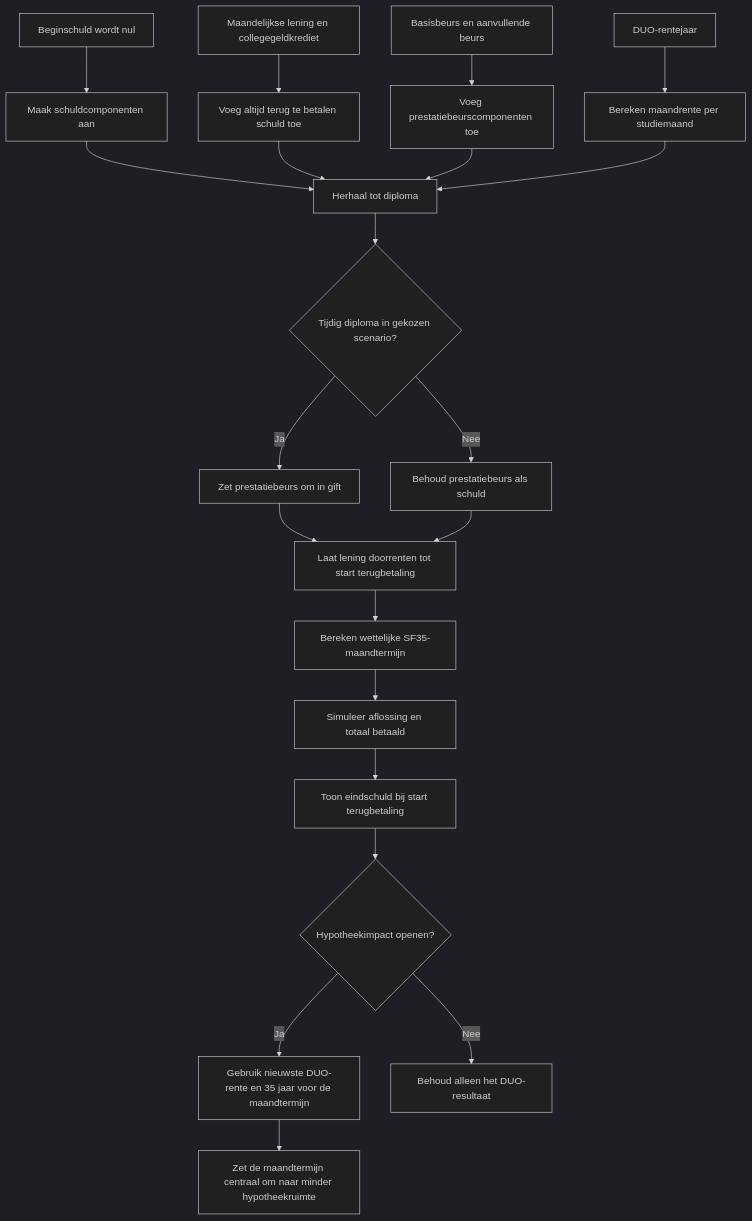
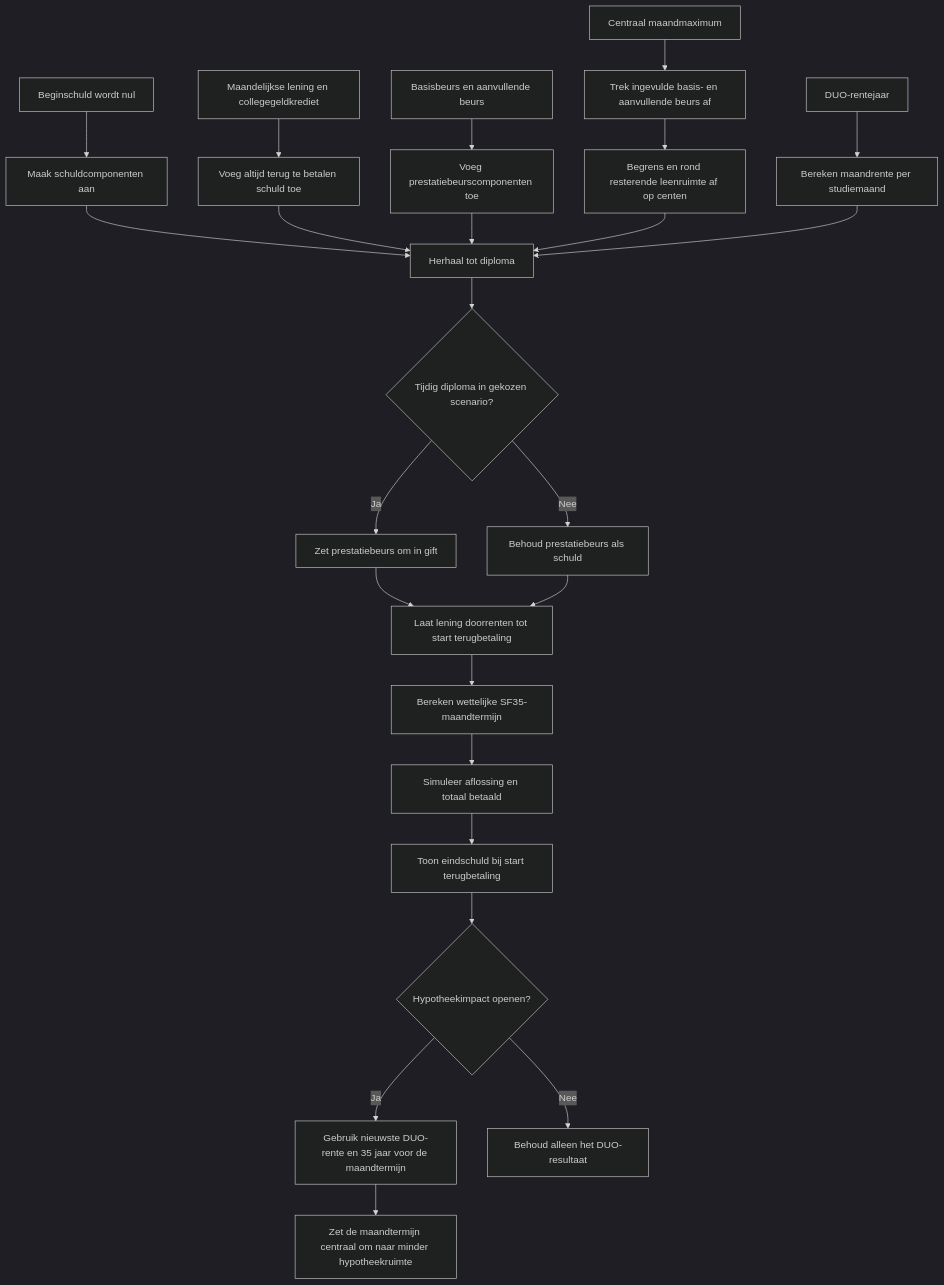
The third of 4 diagrams in apps/duo-schuld-bij-starten-lenen/PROCESS.md (oli4vos/projectwebsite), drawn with Mermaid (dark theme) before and after one commit. The commit also changed other lines of this file and 10 other files, not shown here.

````diff
--- a/apps/duo-schuld-bij-starten-lenen/PROCESS.md
+++ b/apps/duo-schuld-bij-starten-lenen/PROCESS.md
@@ -86,23 +93,26 @@
 ```mermaid
 flowchart TD
   A[Beginschuld wordt nul] --> B[Maak schuldcomponenten aan]
   C[Maandelijkse lening en collegegeldkrediet] --> D[Voeg altijd terug te betalen schuld toe]
   E[Basisbeurs en aanvullende beurs] --> F[Voeg prestatiebeurscomponenten toe]
+  EA[Centraal maandmaximum] --> FA[Trek ingevulde basis- en aanvullende beurs af]
+  FA --> FB[Begrens en rond resterende leenruimte af op centen]
   G[DUO-rentejaar] --> H[Bereken maandrente per studiemaand]
   B --> I[Herhaal tot diploma]
   D --> I
   F --> I
+  FB --> I
   H --> I
   I --> J{Tijdig diploma in gekozen scenario?}
   J -->|Ja| JA[Zet prestatiebeurs om in gift]
   J -->|Nee| JB[Behoud prestatiebeurs als schuld]
   JA --> K[Laat lening doorrenten tot start terugbetaling]
   JB --> K
   K --> L[Bereken wettelijke SF35-maandtermijn]
   L --> M[Simuleer aflossing en totaal betaald]
   M --> N[Toon eindschuld bij start terugbetaling]
   N --> O{Hypotheekimpact openen?}
   O -->|Ja| P[Gebruik nieuwste DUO-rente en 35 jaar voor de maandtermijn]
   P --> Q[Zet de maandtermijn centraal om naar minder hypotheekruimte]
   O -->|Nee| R[Behoud alleen het DUO-resultaat]
 ```
````
